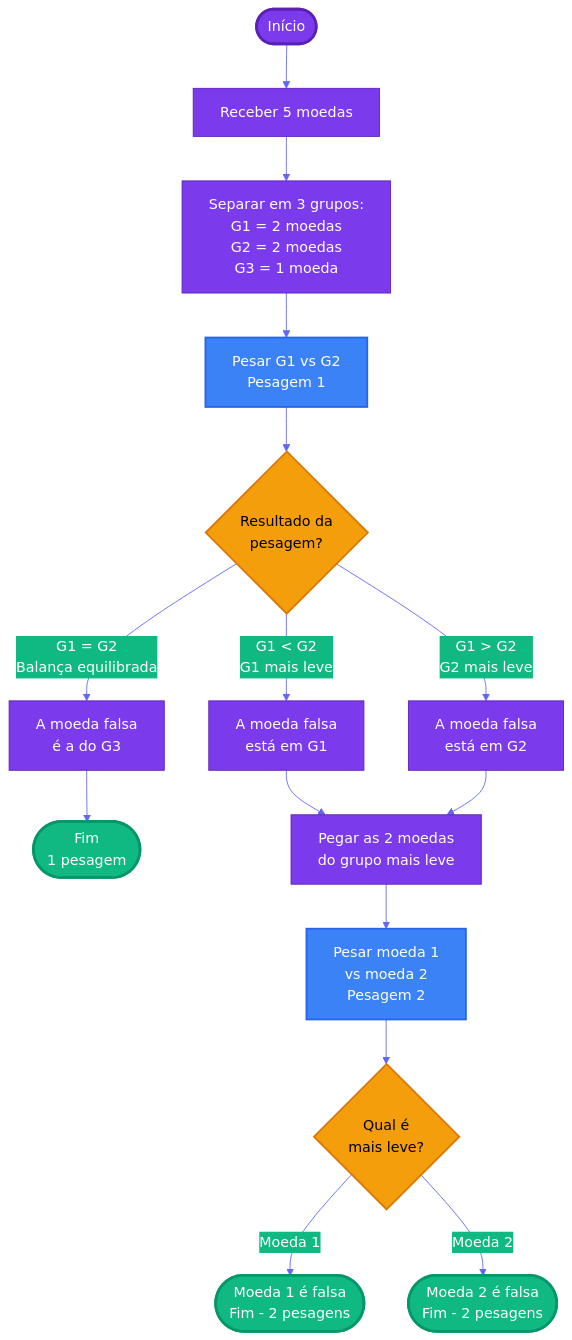
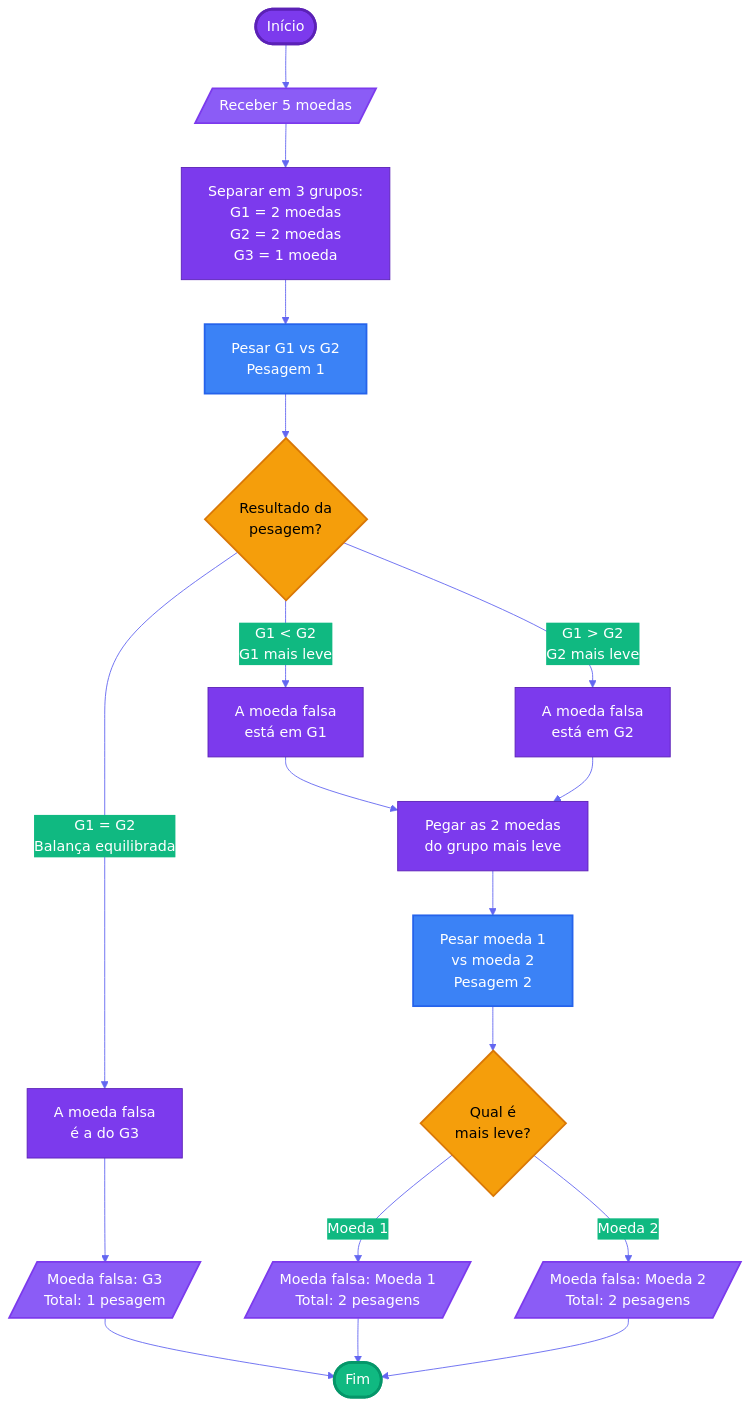
The diagram in challenges/src/algorithms/furlan/Cap01_Ex01.md (pedrolucazx/java-studies), drawn with Mermaid before and after one commit. The commit also changed other lines of this file and 2 other files, not shown here.

Commit message:
feat(fundamentals): add exercise Capítulo 1 - Caramujo with problem statement, analysis, flowchart, and pseudocode

````diff
--- a/challenges/src/algorithms/furlan/Cap01_Ex01.md
+++ b/challenges/src/algorithms/furlan/Cap01_Ex01.md
@@ -35,32 +38,38 @@
 ```mermaid
 %%{init: {'theme':'base', 'themeVariables': { 'primaryColor':'#7C3AED','primaryTextColor':'#fff','primaryBorderColor':'#5B21B6','lineColor':'#6366F1','secondaryColor':'#10B981','secondaryTextColor':'#fff','tertiaryColor':'#F59E0B','tertiaryTextColor':'#000','noteBkgColor':'#DBEAFE','noteTextColor':'#1E3A8A'}}}%%
 flowchart TD
-    A([Início]) --> B[Receber 5 moedas]
+    A([Início]) --> B[/Receber 5 moedas/]
     B --> C[Separar em 3 grupos:<br/>G1 = 2 moedas<br/>G2 = 2 moedas<br/>G3 = 1 moeda]
     C --> D[Pesar G1 vs G2<br/>Pesagem 1]
     D --> E{Resultado da<br/>pesagem?}
 
     E -->|G1 = G2<br/>Balança equilibrada| F[A moeda falsa<br/>é a do G3]
-    F --> G([Fim<br/>1 pesagem])
+    F --> G[/Moeda falsa: G3<br/>Total: 1 pesagem/]
+    G --> H([Fim])
 
-    E -->|G1 < G2<br/>G1 mais leve| H[A moeda falsa<br/>está em G1]
-    E -->|G1 > G2<br/>G2 mais leve| I[A moeda falsa<br/>está em G2]
+    E -->|G1 < G2<br/>G1 mais leve| I[A moeda falsa<br/>está em G1]
+    E -->|G1 > G2<br/>G2 mais leve| J[A moeda falsa<br/>está em G2]
 
-    H --> J[Pegar as 2 moedas<br/>do grupo mais leve]
-    I --> J
+    I --> K[Pegar as 2 moedas<br/>do grupo mais leve]
+    J --> K
 
-    J --> K[Pesar moeda 1<br/>vs moeda 2<br/>Pesagem 2]
-    K --> L{Qual é<br/>mais leve?}
+    K --> L[Pesar moeda 1<br/>vs moeda 2<br/>Pesagem 2]
+    L --> M{Qual é<br/>mais leve?}
 
-    L -->|Moeda 1| M([Moeda 1 é falsa<br/>Fim - 2 pesagens])
-    L -->|Moeda 2| N([Moeda 2 é falsa<br/>Fim - 2 pesagens])
+    M -->|Moeda 1| N[/Moeda falsa: Moeda 1<br/>Total: 2 pesagens/]
+    M -->|Moeda 2| O[/Moeda falsa: Moeda 2<br/>Total: 2 pesagens/]
+
+    N --> H
+    O --> H
 
     style A fill:#7C3AED,stroke:#5B21B6,stroke-width:3px,color:#fff
-    style G fill:#10B981,stroke:#059669,stroke-width:3px,color:#fff
-    style M fill:#10B981,stroke:#059669,stroke-width:3px,color:#fff
-    style N fill:#10B981,stroke:#059669,stroke-width:3px,color:#fff
+    style H fill:#10B981,stroke:#059669,stroke-width:3px,color:#fff
     style E fill:#F59E0B,stroke:#D97706,stroke-width:2px,color:#000
-    style L fill:#F59E0B,stroke:#D97706,stroke-width:2px,color:#000
+    style M fill:#F59E0B,stroke:#D97706,stroke-width:2px,color:#000
     style D fill:#3B82F6,stroke:#2563EB,stroke-width:2px,color:#fff
-    style K fill:#3B82F6,stroke:#2563EB,stroke-width:2px,color:#fff
+    style L fill:#3B82F6,stroke:#2563EB,stroke-width:2px,color:#fff
+    style B fill:#8B5CF6,stroke:#7C3AED,stroke-width:2px,color:#fff
+    style G fill:#8B5CF6,stroke:#7C3AED,stroke-width:2px,color:#fff
+    style N fill:#8B5CF6,stroke:#7C3AED,stroke-width:2px,color:#fff
+    style O fill:#8B5CF6,stroke:#7C3AED,stroke-width:2px,color:#fff
 ```
````
